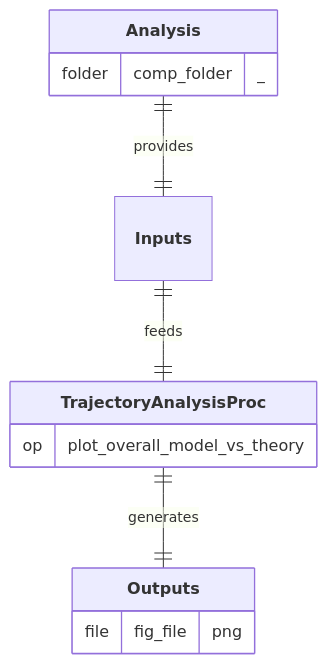
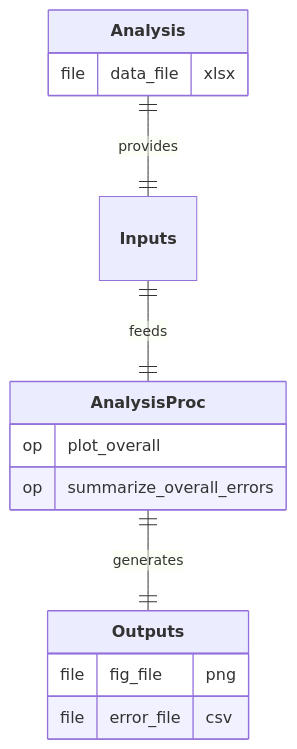
Before and after one commit to nuremics/sim-labs: the diagram in src/nuremics_labs/apps/simulation/CANTILEVER_SHEAR_APP/procs/AnalysisProc/README.md, drawn with Mermaid. The commit also changed other lines of this file and 4 other files, not shown here.

Commit message:
add AnalysisProc

````diff
--- a/src/nuremics_labs/apps/simulation/CANTILEVER_SHEAR_APP/procs/AnalysisProc/README.md
+++ b/src/nuremics_labs/apps/simulation/CANTILEVER_SHEAR_APP/procs/AnalysisProc/README.md
@@ -14,16 +15,18 @@
 ```mermaid
 erDiagram
   **Analysis** ||--|| **Inputs** : provides
-  **Inputs** ||--|| **TrajectoryAnalysisProc** : feeds
-  **TrajectoryAnalysisProc** ||--|| **Outputs** : generates
+  **Inputs** ||--|| **AnalysisProc** : feeds
+  **AnalysisProc** ||--|| **Outputs** : generates
 
   **Analysis** {
-    folder comp_folder "_"
+    file data_file "xlsx"
   }
-  **TrajectoryAnalysisProc** {
-    op plot_overall_model_vs_theory
+  **AnalysisProc** {
+    op plot_overall
+    op summarize_overall_errors
   }
   **Outputs** {
     file fig_file "png"
+    file error_file "csv"
   }
 ```
````
